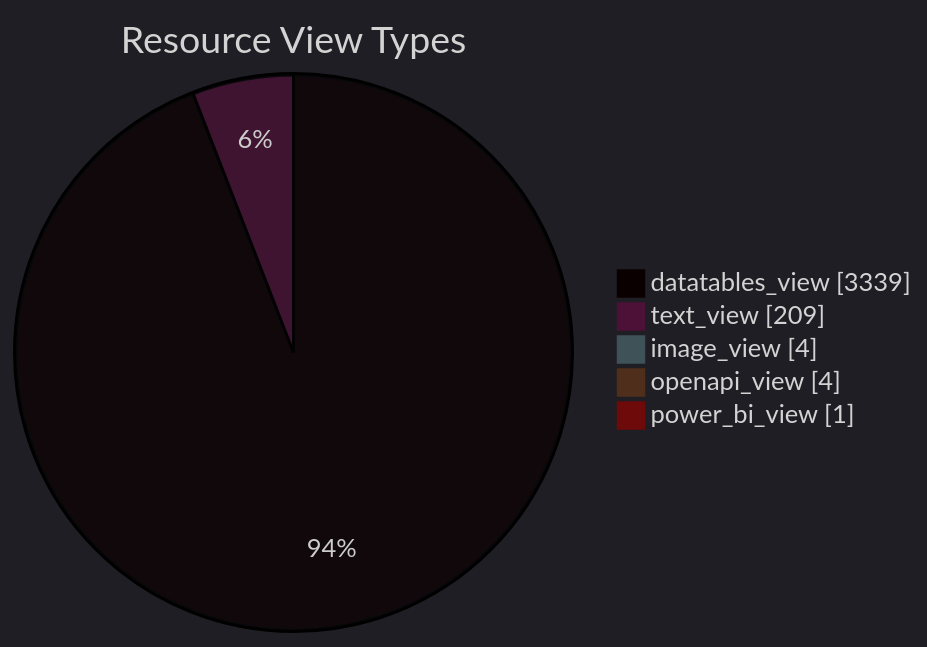
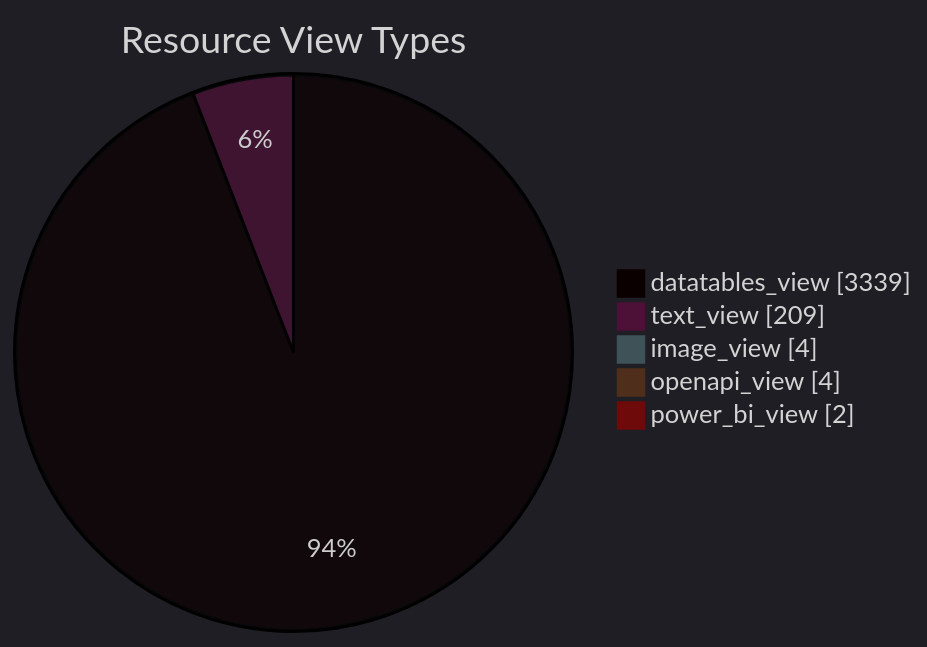
The diagram in datastore_tracker/resource_view_types_pie_chart.md (open-data/analytics-corporate-reporting), drawn with Mermaid before and after one commit. The commit also changed 9 other files, not shown here.

````diff
--- a/datastore_tracker/resource_view_types_pie_chart.md
+++ b/datastore_tracker/resource_view_types_pie_chart.md
@@ -2,12 +2,12 @@
 ```mermaid
 ---
 config:
   theme: dark
 ---
 pie showData title Resource View Types
     "datatables_view": 3339
     "text_view": 209
     "image_view": 4
     "openapi_view": 4
-    "power_bi_view": 1
+    "power_bi_view": 2
 ```
````
